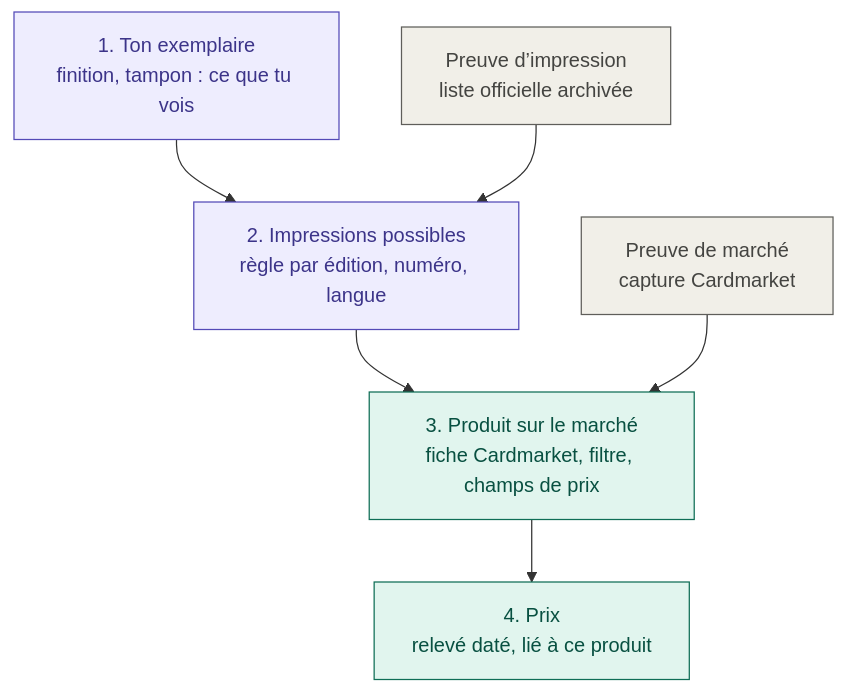
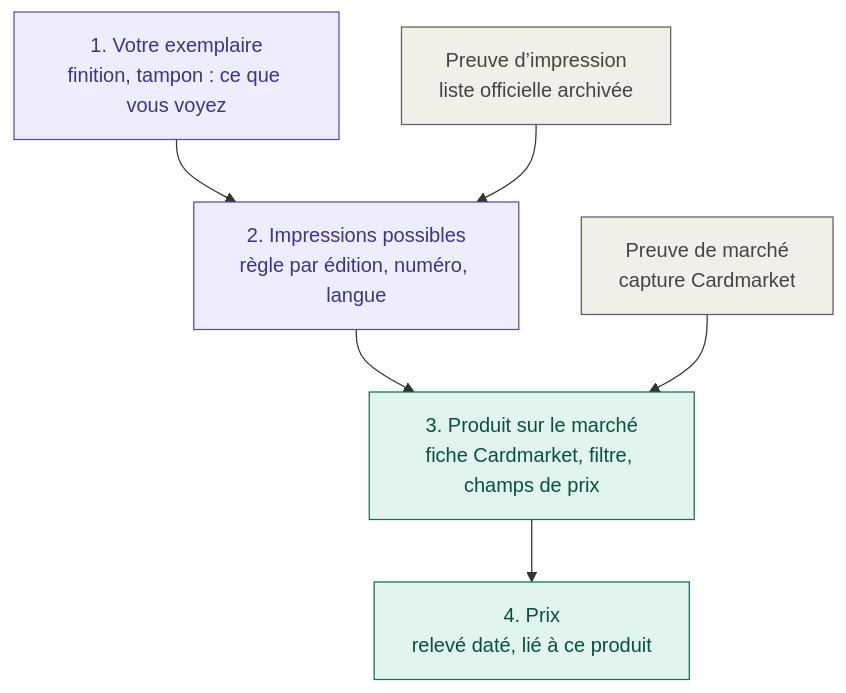
One commit to citizenu03bb/lilydex changed the first of 2 diagrams in docs/PRINT_REFERENCE_GUIDE.md. Above: the diagram before and after it, drawn with Mermaid. The commit also changed other lines of this file and 6 other files, not shown here.

````diff
--- a/docs/PRINT_REFERENCE_GUIDE.md
+++ b/docs/PRINT_REFERENCE_GUIDE.md
@@ -26,18 +25,18 @@
 ```mermaid
 flowchart TD
-    A["1. Ton exemplaire<br/>finition, tampon : ce que tu vois"]
+    A["1. Votre exemplaire<br/>finition, tampon : ce que vous voyez"]
     B["2. Impressions possibles<br/>règle par édition, numéro, langue"]
     C["3. Produit sur le marché<br/>fiche Cardmarket, filtre, champs de prix"]
     D["4. Prix<br/>relevé daté, lié à ce produit"]
     P["Preuve d’impression<br/>liste officielle archivée"]
     M["Preuve de marché<br/>capture Cardmarket"]
     A --> B --> C --> D
     P --> B
     M --> C
     classDef physique fill:#EEEDFE,stroke:#534AB7,color:#3C3489
     classDef marche fill:#E1F5EE,stroke:#0F6E56,color:#085041
     classDef preuve fill:#F1EFE8,stroke:#5F5E5A,color:#444441
     class A,B physique
     class C,D marche
     class P,M preuve
 ```
````
